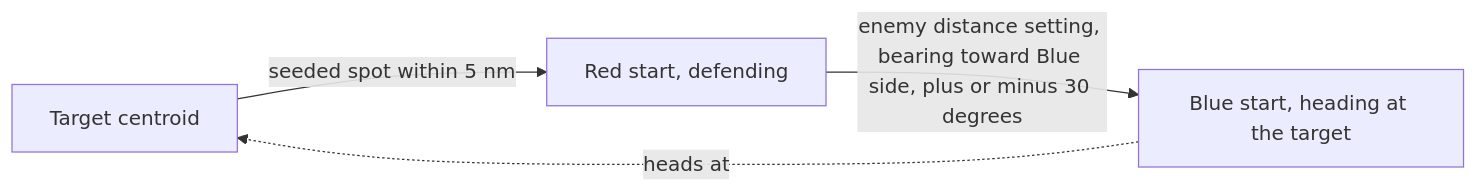
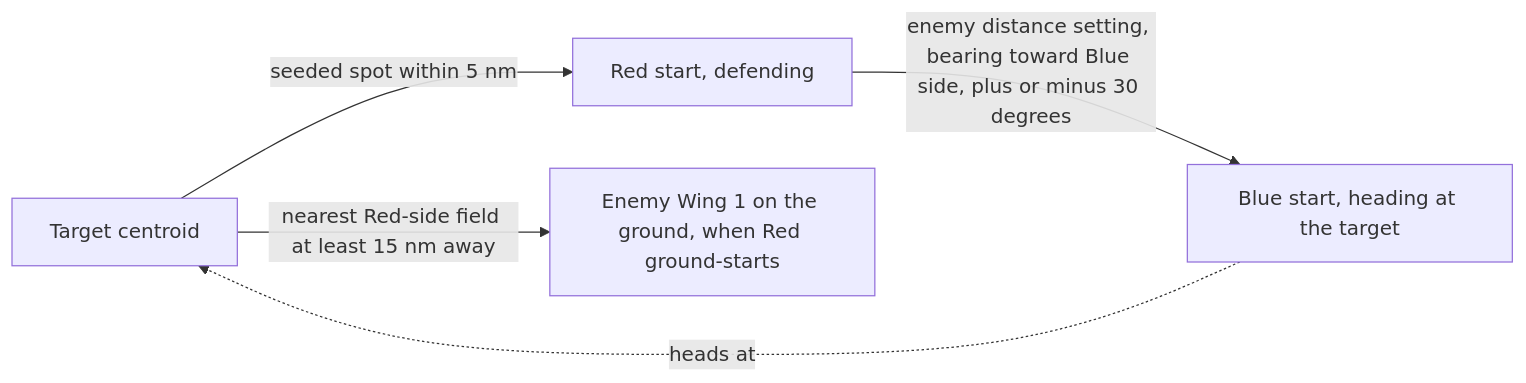
One commit to john-overton/T.O.R.E-Fighters changed the second of 6 diagrams in docs/spec/surface-defenses.md. Above: the diagram before and after it, drawn with Mermaid. The commit also changed other lines of this file and 11 other files, not shown here.

First line of the commit message:
Restore the five Redfor ILS-terrain land orders and test Redfor ground starts

````diff
--- a/docs/spec/surface-defenses.md
+++ b/docs/spec/surface-defenses.md
@@ -440,6 +462,7 @@
 ```mermaid
 flowchart LR
     T[Target centroid] -->|seeded spot within 5 nm| R[Red start, defending]
     R -->|enemy distance setting, bearing toward Blue side, plus or minus 30 degrees| B[Blue start, heading at the target]
     B -.->|heads at| T
+    T -->|nearest Red-side field at least 15 nm away| F[Enemy Wing 1 on the ground, when Red ground-starts]
 ```
````
